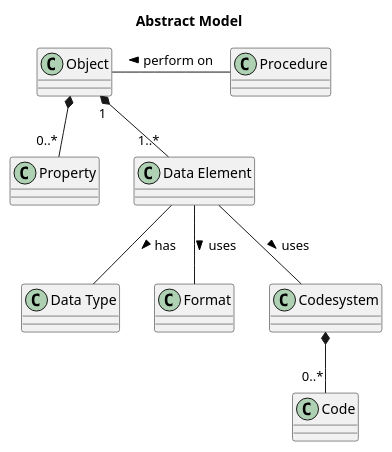
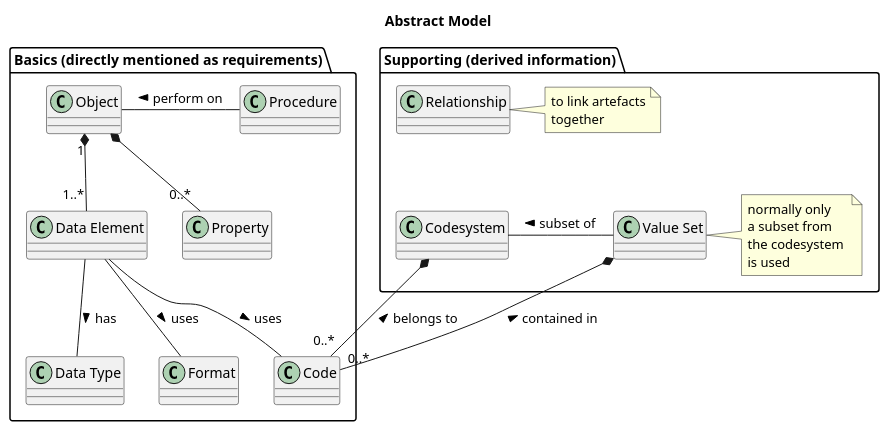
Before and after one commit to hl7-eu/medtechlabel-wp2-im: the diagram in input/images-source/abstractmodel.plantuml, drawn with PlantUML. The commit also changed 7 other files, not shown here.

```diff
--- a/input/images-source/abstractmodel.plantuml
+++ b/input/images-source/abstractmodel.plantuml
@@ -1,34 +1,62 @@
 @startuml
 
 'skinparam svgDimensionStyle false
 
 title Abstract Model
+
+package "Basics (directly mentioned as requirements)" {
 
 class "Property" as prop
 
 class "Object" as obj
 
 class "Data Element" as de
 
 obj "1" *-- "1..*" de
 obj *-- "0..*" prop
 
 class "Data Type" as dt
 class "Format" as format
 
 de -- dt : has >
 de -- format : uses >
 
-class "Codesystem" as cs
 
 class "Code" as code
 
-cs *-- "0..*" code
-de -- cs : uses >
+de -- code : uses >
 
 class "Procedure" as proc
 
 proc -left- obj : perform on >
 
+}
+
+package "Supporting (derived information)" {
+
+class "Relationship" as rel
+Note right of rel
+to link artefacts
+together
+end Note
+
+class "Codesystem" as cs
+class "Value Set" as vs
+Note right of vs
+normally only 
+a subset from 
+the codesystem 
+is used
+end Note
+
+vs -left- cs : subset of >
+
+rel -[hidden]down- cs
+
+}
+
+cs *-- "0..*" code : belongs to <
+vs *-- "0..*" code : contained in <
+
 
 @enduml
```
